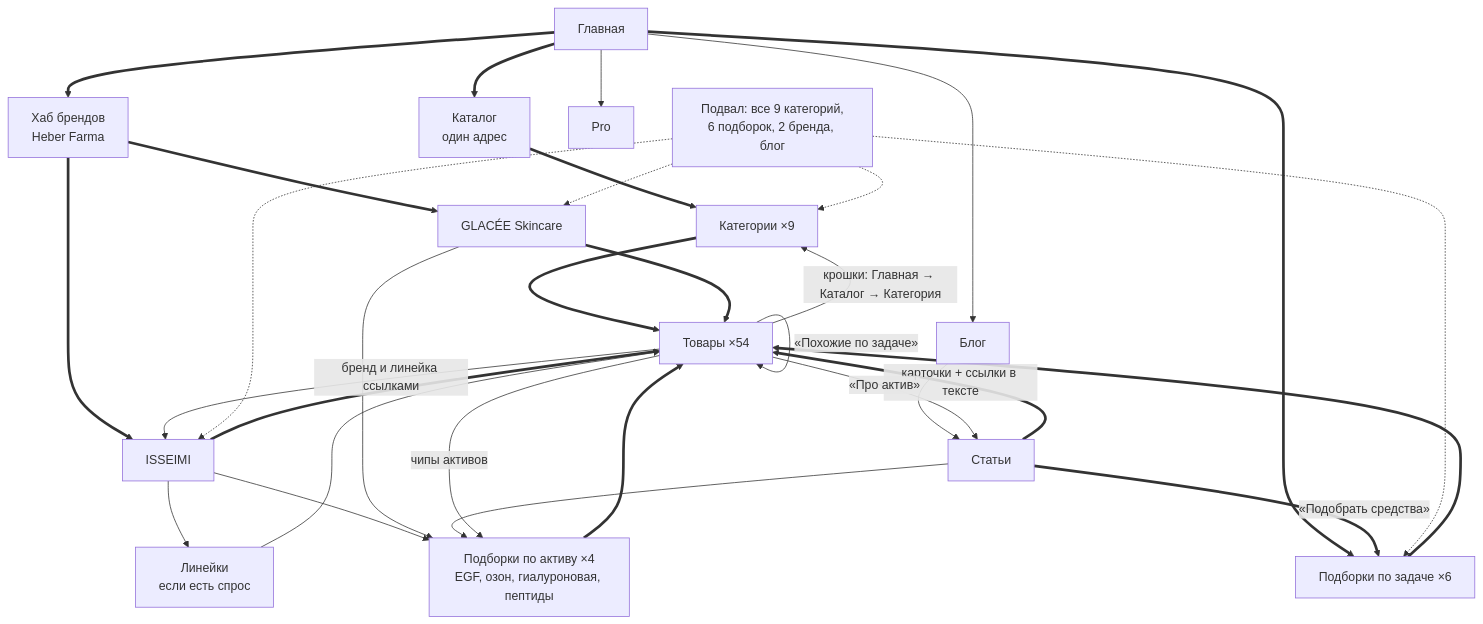
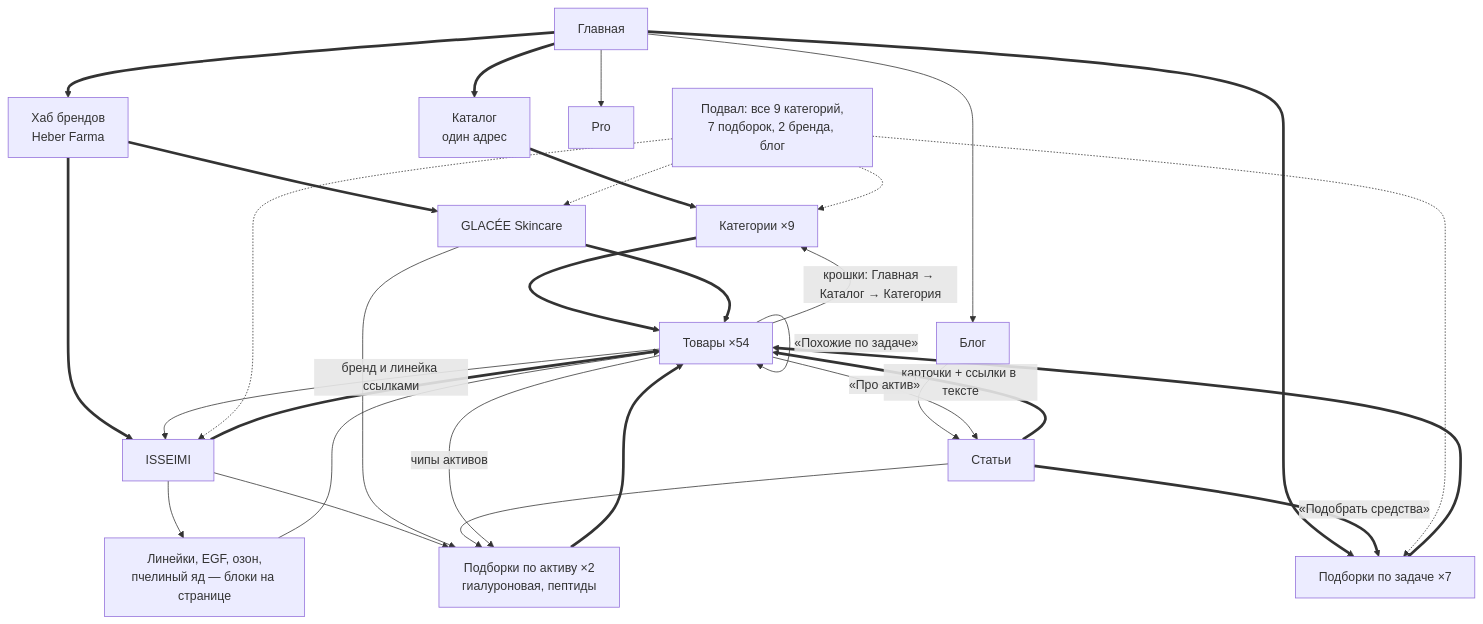
The second of 2 diagrams in docs/projects/perfect-skin/seo/structure.md (1Herman1/Friday-claude), drawn with Mermaid before and after one commit. The commit also changed other lines of this file and 3 other files, not shown here.

````diff
--- a/docs/projects/perfect-skin/seo/structure.md
+++ b/docs/projects/perfect-skin/seo/structure.md
@@ -98,39 +99,39 @@
 ```mermaid
 flowchart TD
   H[Главная] ==> CAT[Каталог<br/>один адрес]
   H ==> BRH[Хаб брендов<br/>Heber Farma]
-  H ==> NEED[Подборки по задаче ×6]
+  H ==> NEED[Подборки по задаче ×7]
   H --> BLOG[Блог]
   H --> PRO[Pro]
 
   BRH ==> B1[ISSEIMI]
   BRH ==> B2[GLACÉE Skincare]
   CAT ==> CATS[Категории ×9]
 
-  B1 --> L[Линейки<br/>если есть спрос]
-  B1 --> ACT[Подборки по активу ×4<br/>EGF, озон, гиалуроновая, пептиды]
+  B1 --> L[Линейки, EGF, озон,<br/>пчелиный яд — блоки на странице]
+  B1 --> ACT[Подборки по активу ×2<br/>гиалуроновая, пептиды]
   B2 --> ACT
 
   CATS ==> P[Товары ×54]
   NEED ==> P
   ACT ==> P
   B1 ==> P
   B2 ==> P
   L --> P
 
   BLOG --> ART[Статьи]
   ART == карточки + ссылки в тексте ==> P
   ART == «Подобрать средства» ==> NEED
   ART --> ACT
 
   P -- крошки: Главная → Каталог → Категория --> CATS
   P -- бренд и линейка ссылками --> B1
   P -- «Похожие по задаче» --> P
   P -- «Про актив» --> ART
   P -- чипы активов --> ACT
 
-  FOOT[Подвал: все 9 категорий,<br/>6 подборок, 2 бренда, блог] -.-> CATS
+  FOOT[Подвал: все 9 категорий,<br/>7 подборок, 2 бренда, блог] -.-> CATS
   FOOT -.-> NEED
   FOOT -.-> B1
   FOOT -.-> B2
 ```
````
